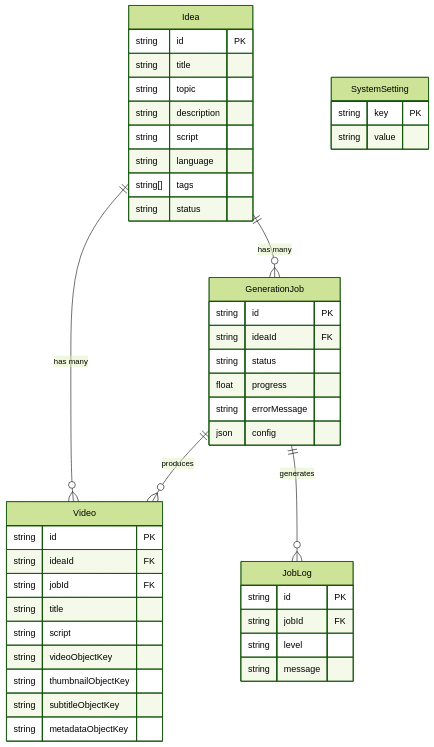
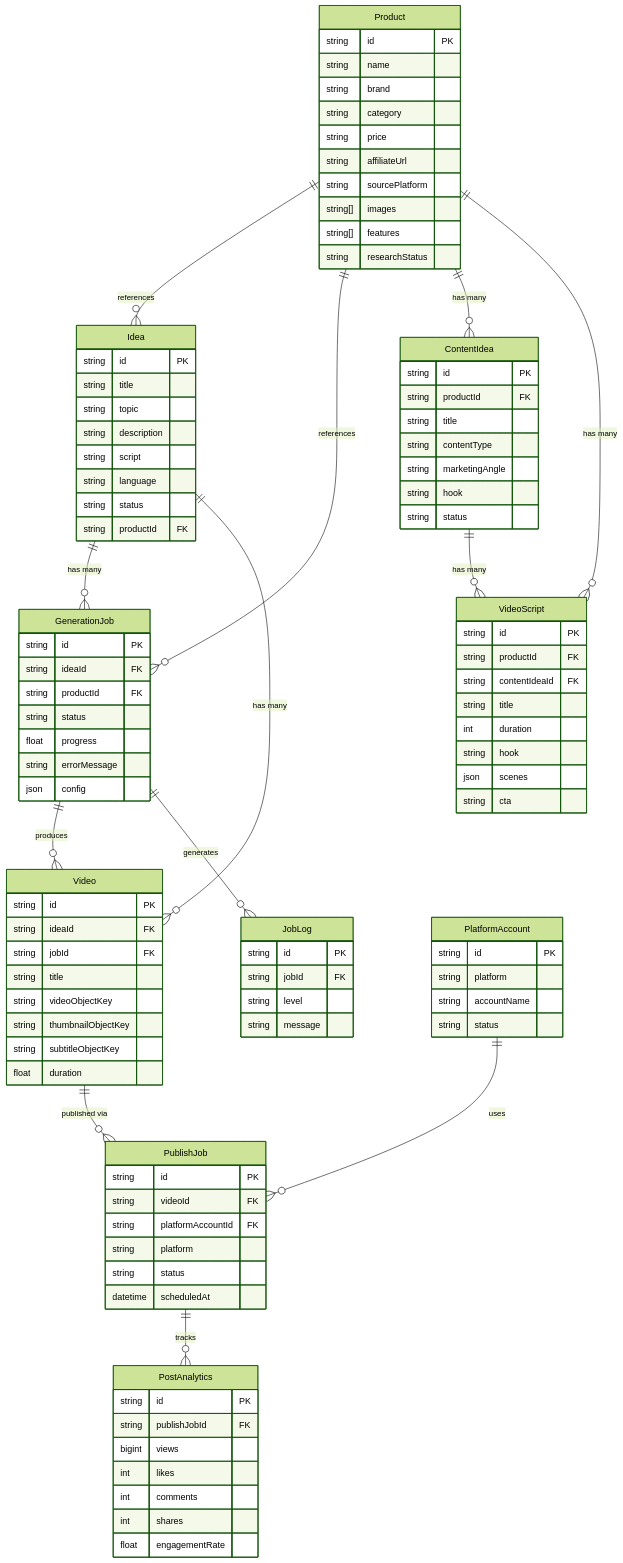
Before and after one commit to NguyenMinhTri0000/ShortVideo: the diagram in docs/REPOSITORY_ANALYSIS_VI.md, drawn with Mermaid (forest theme). The commit also changed other lines of this file and 6 other files, not shown here.

````diff
--- a/docs/REPOSITORY_ANALYSIS_VI.md
+++ b/docs/REPOSITORY_ANALYSIS_VI.md
@@ -406,9 +393,17 @@
 ```mermaid
 erDiagram
+    Product ||--o{ Idea : "references"
+    Product ||--o{ GenerationJob : "references"
+    Product ||--o{ ContentIdea : "has many"
+    Product ||--o{ VideoScript : "has many"
+    ContentIdea ||--o{ VideoScript : "has many"
     Idea ||--o{ GenerationJob : "has many"
     Idea ||--o{ Video : "has many"
     GenerationJob ||--o{ Video : "produces"
     GenerationJob ||--o{ JobLog : "generates"
+    Video ||--o{ PublishJob : "published via"
+    PlatformAccount ||--o{ PublishJob : "uses"
+    PublishJob ||--o{ PostAnalytics : "tracks"
 
     Idea {
         string id PK
@@ -417,13 +412,48 @@
         string description
         string script
         string language
-        string[] tags
         string status
+        string productId FK
+    }
+
+    Product {
+        string id PK
+        string name
+        string brand
+        string category
+        string price
+        string affiliateUrl
+        string sourcePlatform
+        string[] images
+        string[] features
+        string researchStatus
+    }
+
+    ContentIdea {
+        string id PK
+        string productId FK
+        string title
+        string contentType
+        string marketingAngle
+        string hook
+        string status
+    }
+
+    VideoScript {
+        string id PK
+        string productId FK
+        string contentIdeaId FK
+        string title
+        int duration
+        string hook
+        json scenes
+        string cta
     }
 
     GenerationJob {
         string id PK
         string ideaId FK
+        string productId FK
         string status
         float progress
         string errorMessage
@@ -435,11 +465,10 @@
         string ideaId FK
         string jobId FK
         string title
-        string script
         string videoObjectKey
         string thumbnailObjectKey
         string subtitleObjectKey
-        string metadataObjectKey
+        float duration
     }
 
     JobLog {
@@ -449,8 +478,29 @@
         string message
     }
 
-    SystemSetting {
-        string key PK
-        string value
+    PlatformAccount {
+        string id PK
+        string platform
+        string accountName
+        string status
+    }
+
+    PublishJob {
+        string id PK
+        string videoId FK
+        string platformAccountId FK
+        string platform
+        string status
+        datetime scheduledAt
+    }
+
+    PostAnalytics {
+        string id PK
+        string publishJobId FK
+        bigint views
+        int likes
+        int comments
+        int shares
+        float engagementRate
     }
 ```
````
